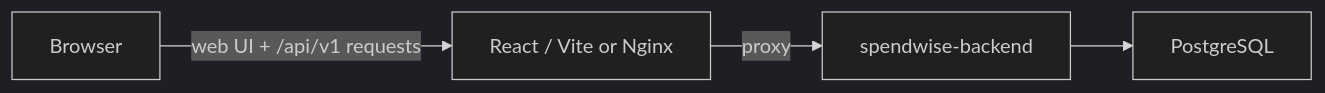
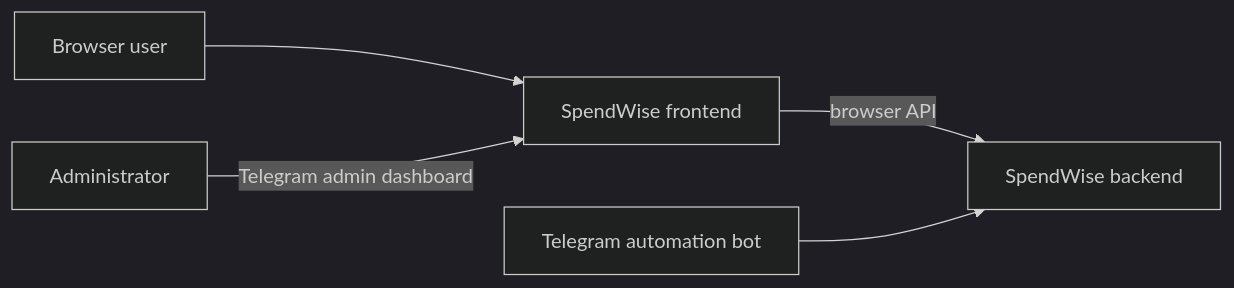
The diagram in README.md (krDipesh02/spendwise-frontend), drawn with Mermaid (dark theme) before and after one commit. The commit also changed other lines of this file and 1 other file, not shown here.

````diff
--- a/README.md
+++ b/README.md
@@ -9,6 +9,7 @@
 ```mermaid
 flowchart LR
-  Browser -->|web UI + /api/v1 requests| Frontend[React / Vite or Nginx]
-  Frontend -->|proxy| Backend[spendwise-backend]
-  Backend --> PostgreSQL
+  User[Browser user] --> Frontend[SpendWise frontend]
+  Frontend -->|browser API| Backend[SpendWise backend]
+  Admin[Administrator] -->|Telegram admin dashboard| Frontend
+  Bot[Telegram automation bot] --> Backend
 ```
````
